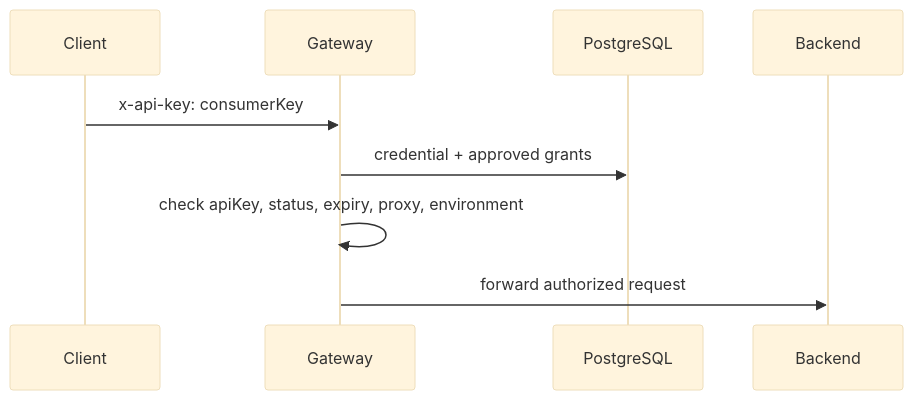
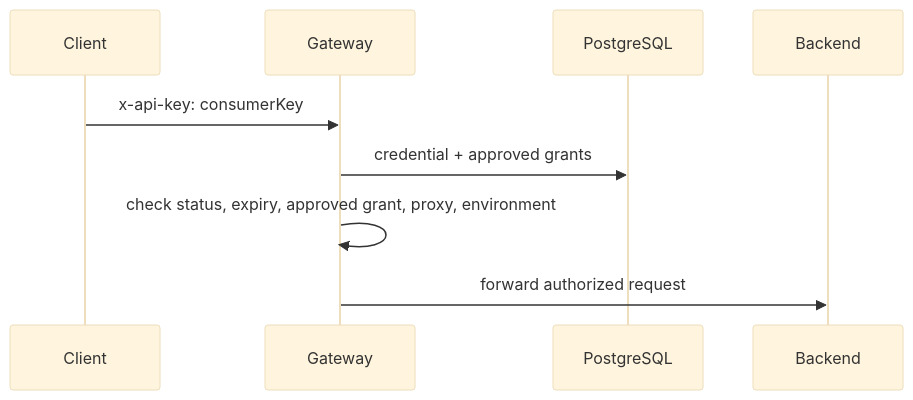
The second of 6 diagrams in docs/02-architecture/Authentication and Authorization.md (c4rl0s04/api-gateway-platform), drawn with Mermaid (base theme) before and after one commit. The commit also changed other lines of this file and 9 other files, not shown here.

````diff
--- a/docs/02-architecture/Authentication and Authorization.md
+++ b/docs/02-architecture/Authentication and Authorization.md
@@ -67,7 +76,7 @@
 ```mermaid
 sequenceDiagram
   Client->>Gateway: x-api-key: consumerKey
   Gateway->>PostgreSQL: credential + approved grants
-  Gateway->>Gateway: check apiKey, status, expiry, proxy, environment
+  Gateway->>Gateway: check status, expiry, approved grant, proxy, environment
   Gateway->>Backend: forward authorized request
 ```
````
